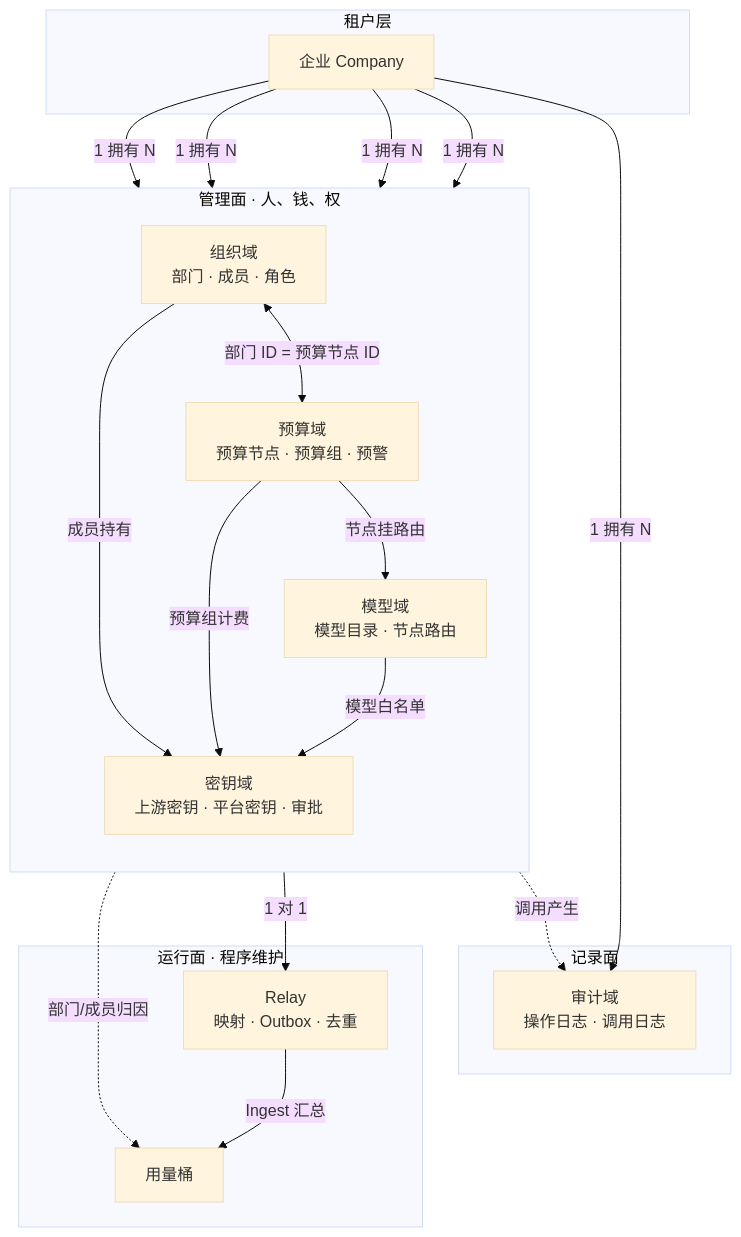
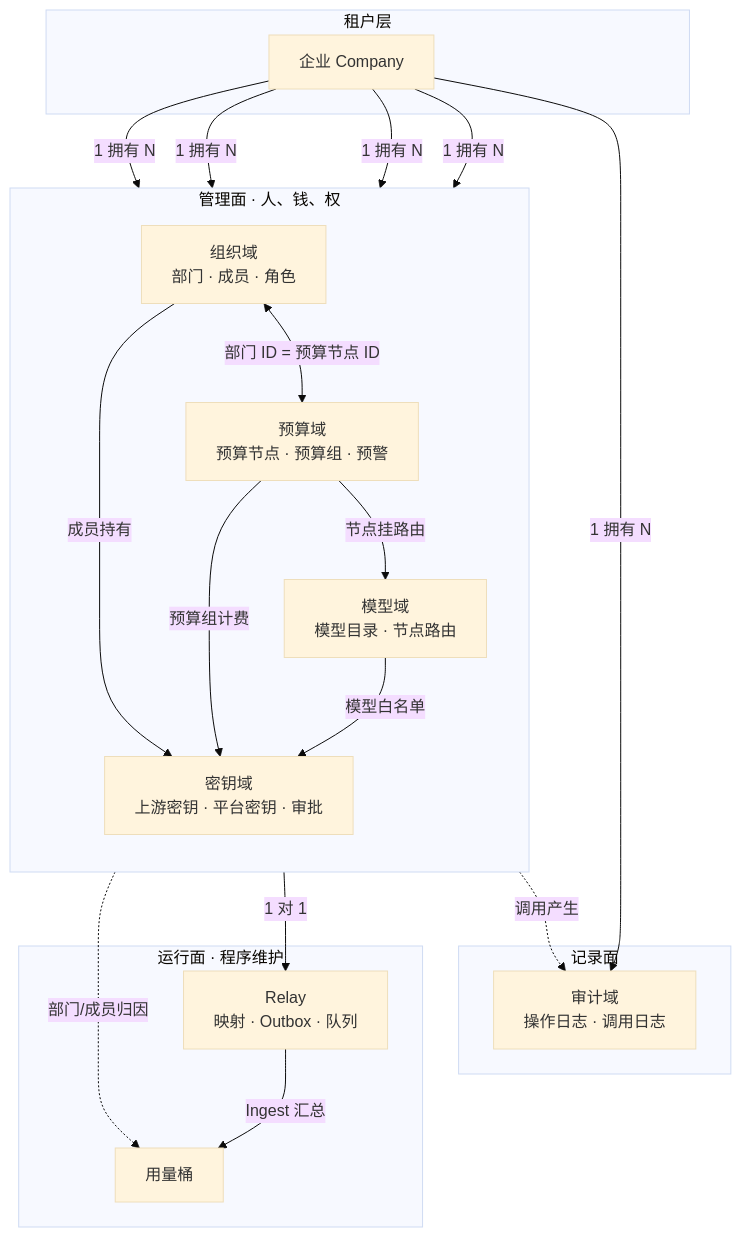
The second of 21 diagrams in docs/Backend-存储架构.md (quyip8818/mytokenjoy), drawn with Mermaid (base theme) before and after one commit. The commit also changed other lines of this file and 108 other files, not shown here.

````diff
--- a/docs/Backend-存储架构.md
+++ b/docs/Backend-存储架构.md
@@ -73,40 +73,40 @@
 ```mermaid
 flowchart TB
   subgraph L0 [租户层]
     CO[企业 Company]
   end
 
   subgraph L1 [管理面 · 人、钱、权]
     direction TB
     ORG[组织域<br/>部门 · 成员 · 角色]
     BUD[预算域<br/>预算节点 · 预算组 · 预警]
     KEY[密钥域<br/>上游密钥 · 平台密钥 · 审批]
     MOD[模型域<br/>模型目录 · 节点路由]
   end
 
   subgraph L2 [记录面]
   AUD[审计域<br/>操作日志 · 调用日志]
   end
 
   subgraph L3 [运行面 · 程序维护]
-    RLY[Relay<br/>映射 · Outbox · 去重]
+    RLY[Relay<br/>映射 · Outbox · 队列]
     USG[用量桶]
   end
 
   CO -->|1 拥有 N| ORG
   CO -->|1 拥有 N| BUD
   CO -->|1 拥有 N| KEY
   CO -->|1 拥有 N| MOD
   CO -->|1 拥有 N| AUD
 
   ORG <-->|部门 ID = 预算节点 ID| BUD
   ORG -->|成员持有| KEY
   BUD -->|预算组计费| KEY
   BUD -->|节点挂路由| MOD
   MOD -->|模型白名单| KEY
 
   KEY -->|1 对 1| RLY
   RLY -->|Ingest 汇总| USG
   KEY -.->|调用产生| AUD
   ORG -.->|部门/成员归因| USG
 ```
````
